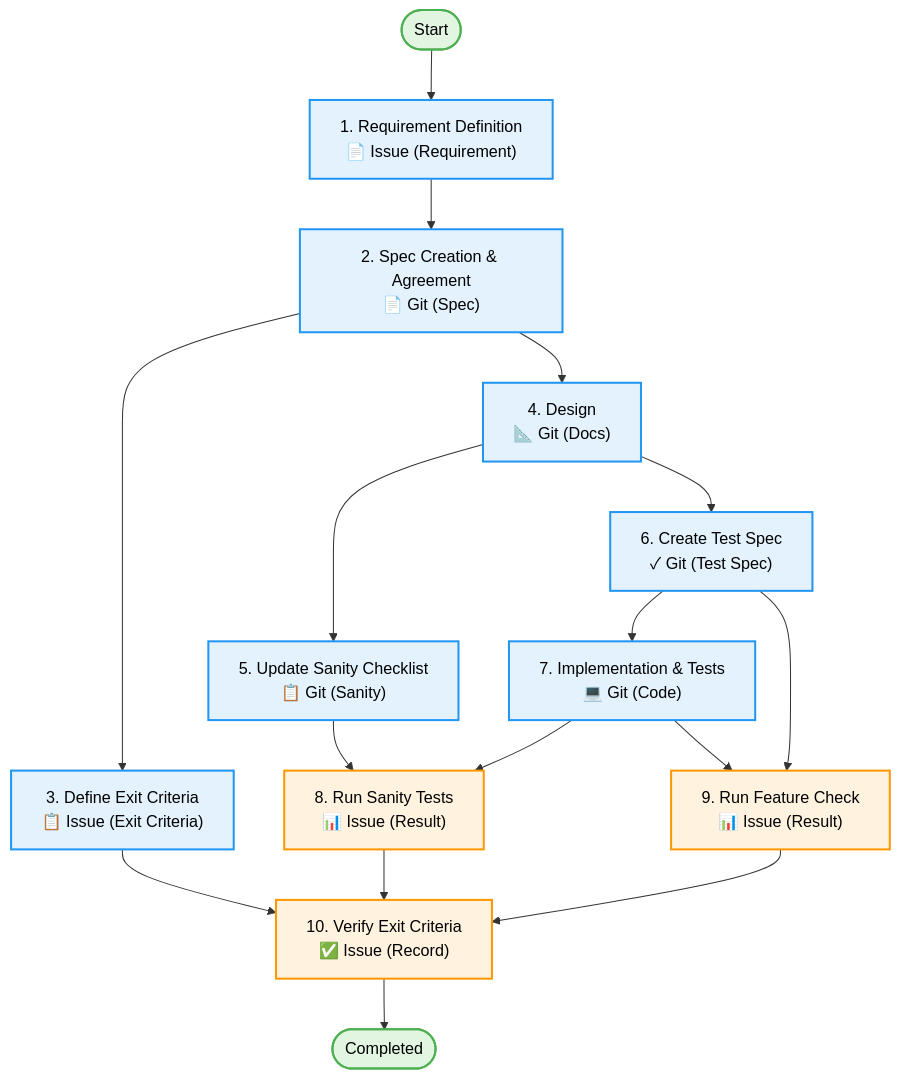
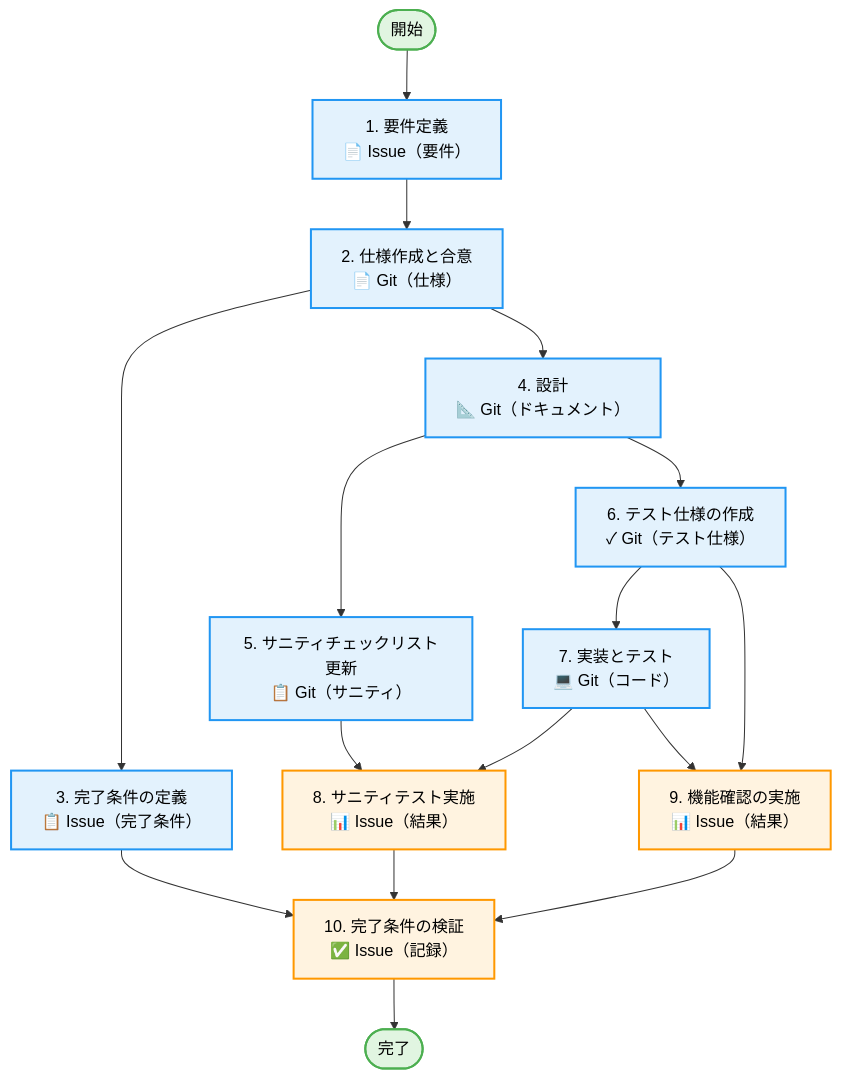
One commit to LongbowXXX/ai-tuber changed the second of 4 diagrams in knowledge/workflows/workflow.md. Above: the diagram before and after it, drawn with Mermaid. The commit also changed other lines of this file and 68 other files, not shown here.

````diff
--- a/knowledge/workflows/workflow.md
+++ b/knowledge/workflows/workflow.md
@@ -116,27 +116,27 @@
 ```mermaid
 graph TD
-    Start([Start]) --> T0
-    T0["1. Requirement Definition<br/>📄 Issue (Requirement)"] --> T1
-    T1["2. Spec Creation & Agreement<br/>📄 Git (Spec)"] --> T2
+  Start([開始]) --> T0
+  T0["1. 要件定義<br/>📄 Issue（要件）"] --> T1
+  T1["2. 仕様作成と合意<br/>📄 Git（仕様）"] --> T2
     T1 --> T3
-    T2["3. Define Exit Criteria<br/>📋 Issue (Exit Criteria)"] --> T10
-    T3["4. Design<br/>📐 Git (Docs)"] --> T4
+  T2["3. 完了条件の定義<br/>📋 Issue（完了条件）"] --> T10
+  T3["4. 設計<br/>📐 Git（ドキュメント）"] --> T4
     T3 --> T5
     T5 --> T6
-    T4["5. Update Sanity Checklist<br/>📋 Git (Sanity)"] --> T7
-    T5["6. Create Test Spec<br/>✓ Git (Test Spec)"] --> T8
-    T6["7. Implementation & Tests<br/>💻 Git (Code)"] --> T7
+  T4["5. サニティチェックリスト更新<br/>📋 Git（サニティ）"] --> T7
+  T5["6. テスト仕様の作成<br/>✓ Git（テスト仕様）"] --> T8
+  T6["7. 実装とテスト<br/>💻 Git（コード）"] --> T7
     T6 --> T8
-    T7["8. Run Sanity Tests<br/>📊 Issue (Result)"] --> T10
-    T8["9. Run Feature Check<br/>📊 Issue (Result)"] --> T10
-    T10["10. Verify Exit Criteria<br/>✅ Issue (Record)"] --> End
-    End([Completed])
+  T7["8. サニティテスト実施<br/>📊 Issue（結果）"] --> T10
+  T8["9. 機能確認の実施<br/>📊 Issue（結果）"] --> T10
+  T10["10. 完了条件の検証<br/>✅ Issue（記録）"] --> End
+  End([完了])
 
     classDef startEnd fill:#e1f5e1,stroke:#4caf50,stroke-width:2px,color:#000
     classDef task fill:#e3f2fd,stroke:#2196f3,stroke-width:2px,color:#000
     classDef check fill:#fff3e0,stroke:#ff9800,stroke-width:2px,color:#000
 
     class Start,End startEnd
     class T0,T1,T2,T3,T4,T5,T6 task
     class T7,T8,T10 check
 ```
````
